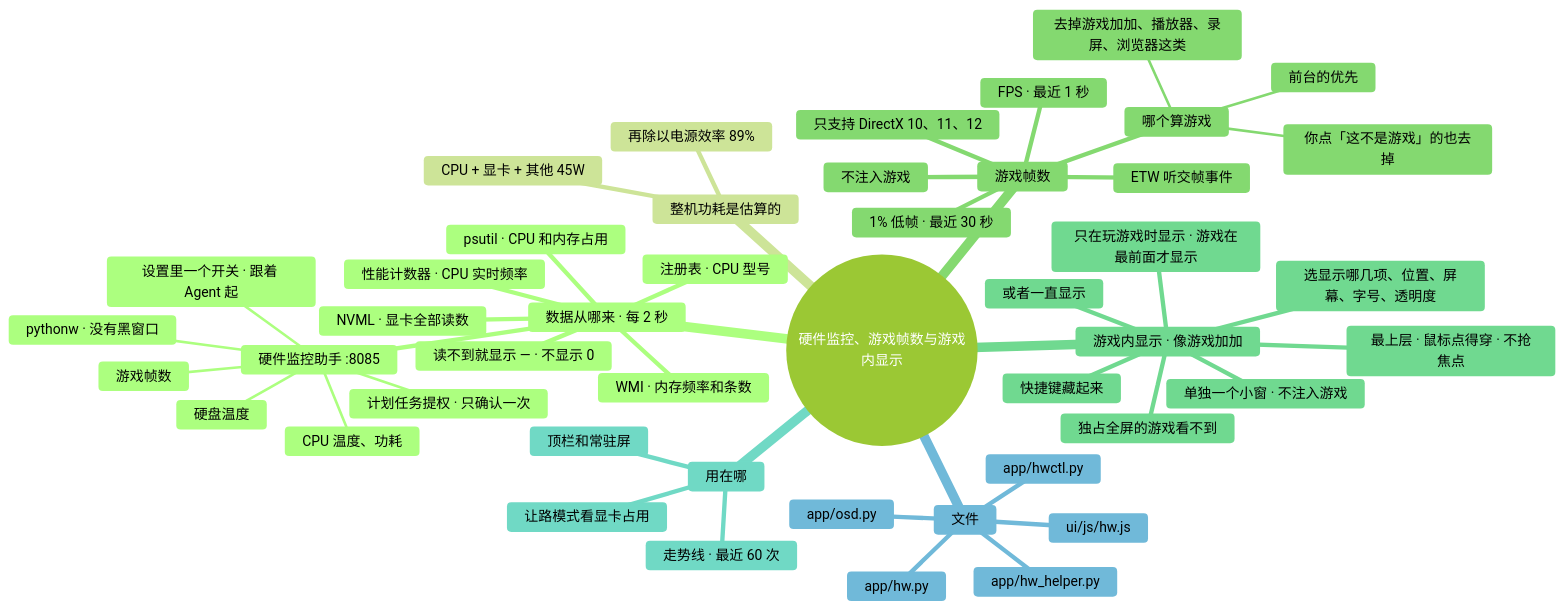
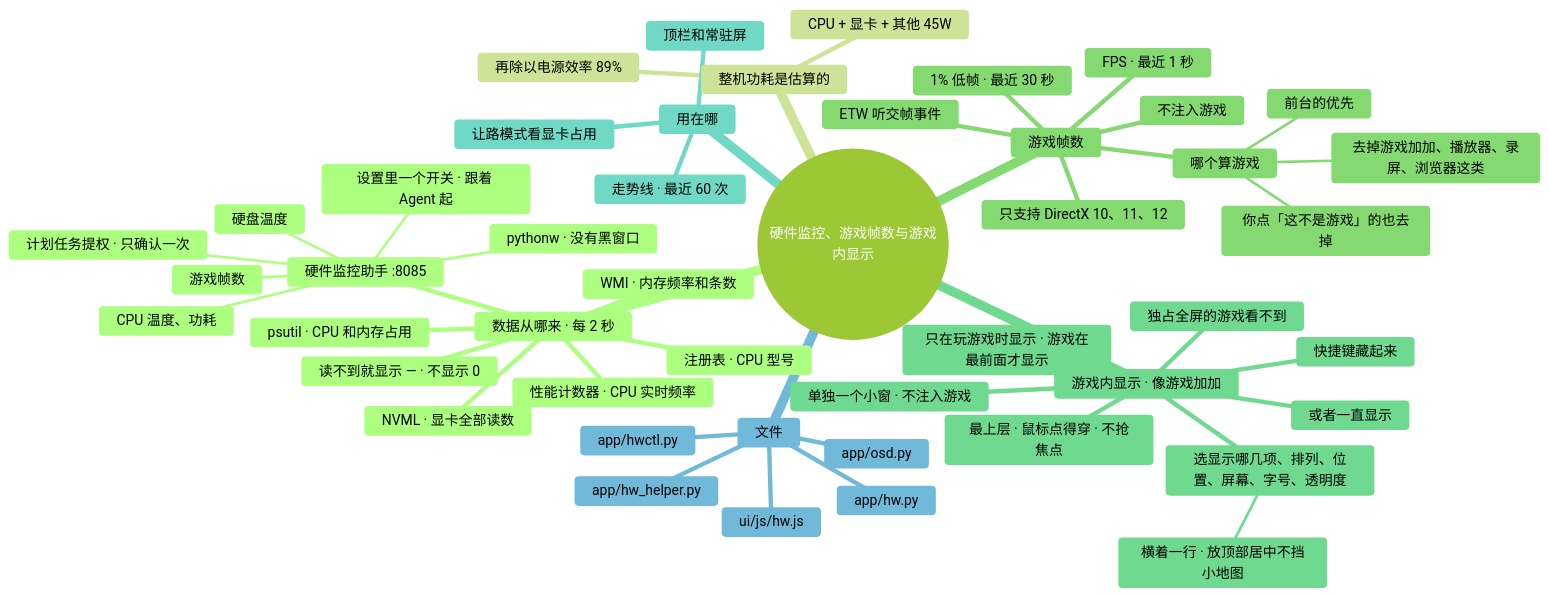
One commit to lql-076/Experiment-Agent-One changed the diagram in docs/AI文档/架构/11-硬件监控与游戏帧数.md. Above: the diagram before and after it, drawn with Mermaid (forest theme). The commit also changed other lines of this file and 28 other files, not shown here.

````diff
--- a/docs/AI文档/架构/11-硬件监控与游戏帧数.md
+++ b/docs/AI文档/架构/11-硬件监控与游戏帧数.md
@@ -9,50 +9,51 @@
 ```mermaid
 mindmap
   root((硬件监控、游戏帧数与游戏内显示))
     数据从哪来 · 每 2 秒
       硬件监控助手 :8085
       :::svc-hw
         CPU 温度、功耗
         硬盘温度
         游戏帧数
         设置里一个开关 · 跟着 Agent 起
         计划任务提权 · 只确认一次
         pythonw · 没有黑窗口
       性能计数器 · CPU 实时频率
       读不到就显示 — · 不显示 0
       NVML · 显卡全部读数
       psutil · CPU 和内存占用
       注册表 · CPU 型号
       WMI · 内存频率和条数
     整机功耗是估算的
       CPU + 显卡 + 其他 45W
       再除以电源效率 89%
     游戏帧数
       ETW 听交帧事件
       不注入游戏
       FPS · 最近 1 秒
       1% 低帧 · 最近 30 秒
       只支持 DirectX 10、11、12
       哪个算游戏
         去掉游戏加加、播放器、录屏、浏览器这类
         你点「这不是游戏」的也去掉
         前台的优先
     游戏内显示 · 像游戏加加
       单独一个小窗 · 不注入游戏
       最上层 · 鼠标点得穿 · 不抢焦点
-      选显示哪几项、位置、屏幕、字号、透明度
+      选显示哪几项、排列、位置、屏幕、字号、透明度
+        横着一行 · 放顶部居中不挡小地图
       只在玩游戏时显示 · 游戏在最前面才显示
       或者一直显示
       快捷键藏起来
       独占全屏的游戏看不到
     用在哪
       顶栏和常驻屏
       走势线 · 最近 60 次
       让路模式看显卡占用
     文件
       app/hw.py
       app/osd.py
       app/hw_helper.py
       app/hwctl.py
       ui/js/hw.js
 ```
````
